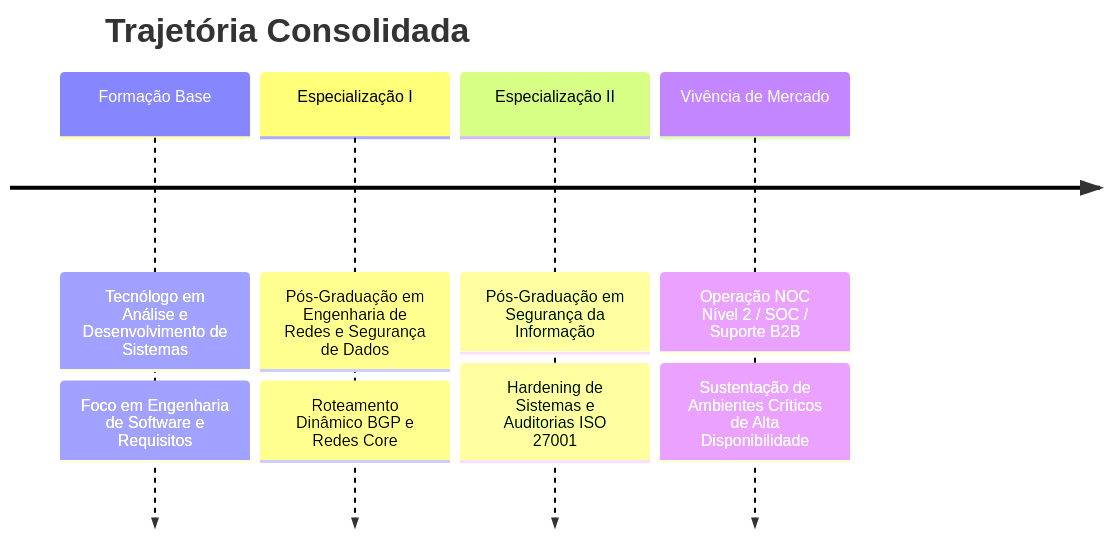
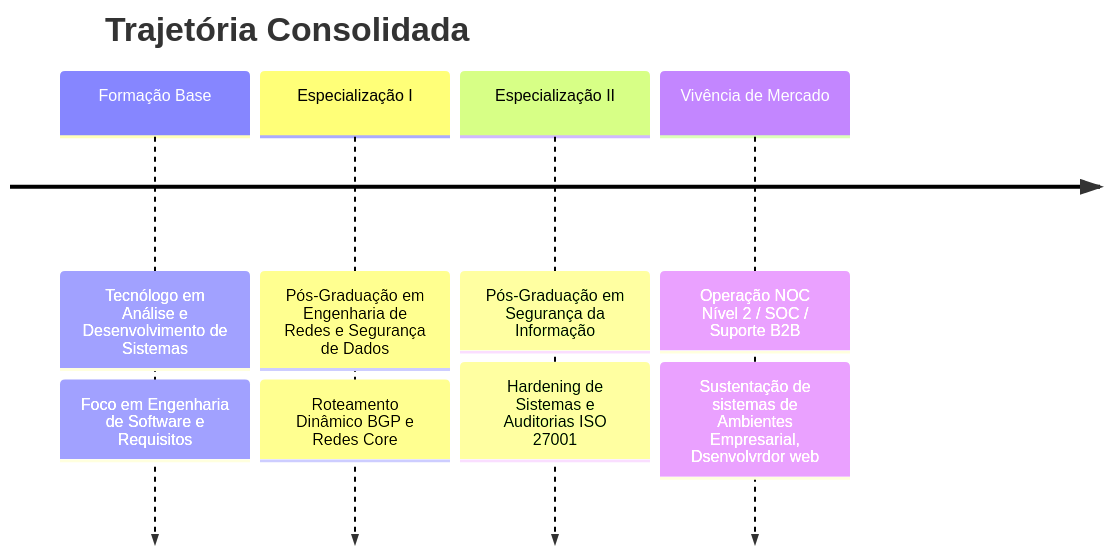
The diagram in README.md (Flaviomota24/Flaviomota24), drawn with Mermaid before and after one commit. The commit also changed other lines of this file, not shown here.

````diff
--- a/README.md
+++ b/README.md
@@ -28,8 +28,8 @@
 ```mermaid
 timeline
     title Trajetória Consolidada
     Formação Base : Tecnólogo em Análise e Desenvolvimento de Sistemas : Foco em Engenharia de Software e Requisitos
     Especialização I : Pós-Graduação em Engenharia de Redes e Segurança de Dados : Roteamento Dinâmico BGP e Redes Core
     Especialização II : Pós-Graduação em Segurança da Informação : Hardening de Sistemas e Auditorias ISO 27001
-    Vivência de Mercado : Operação NOC Nível 2 / SOC / Suporte B2B : Sustentação de Ambientes Críticos de Alta Disponibilidade
+    Vivência de Mercado : Operação NOC Nível 2 / SOC / Suporte B2B : Sustentação de sistemas de Ambientes Empresarial, Dsenvolvrdor web
 ```
````
